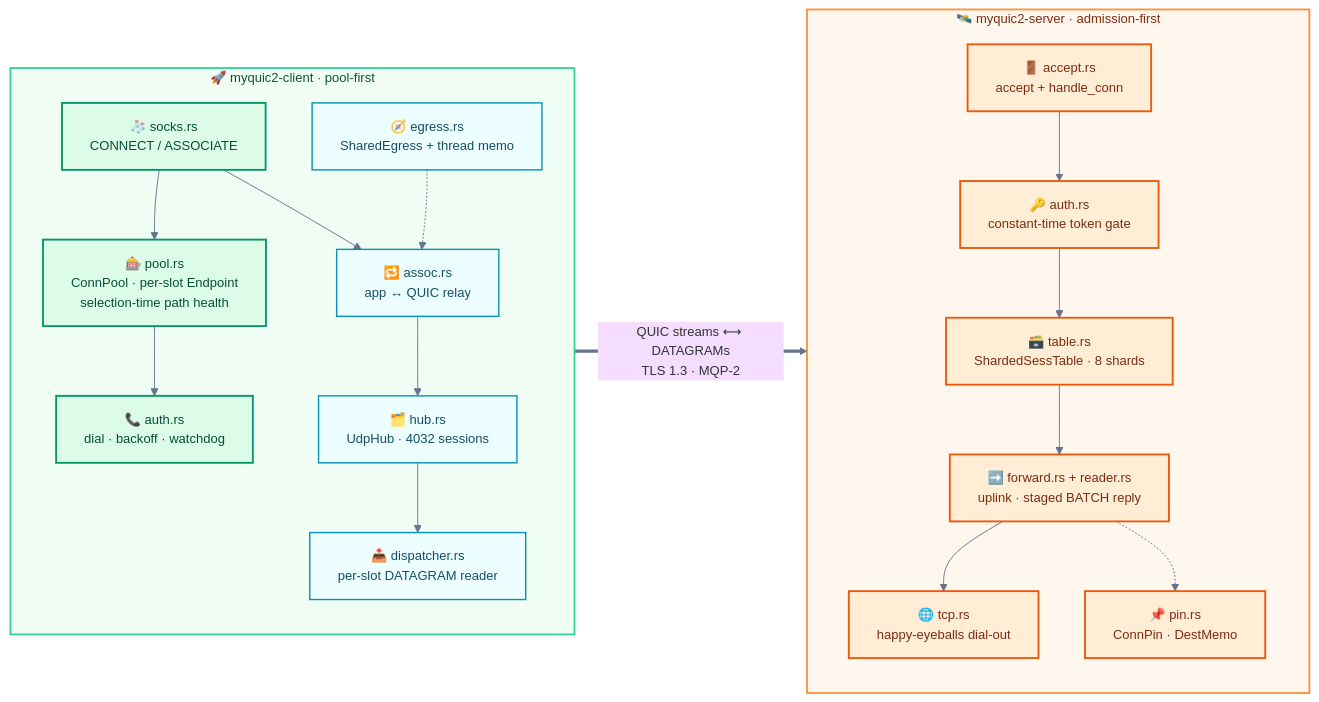
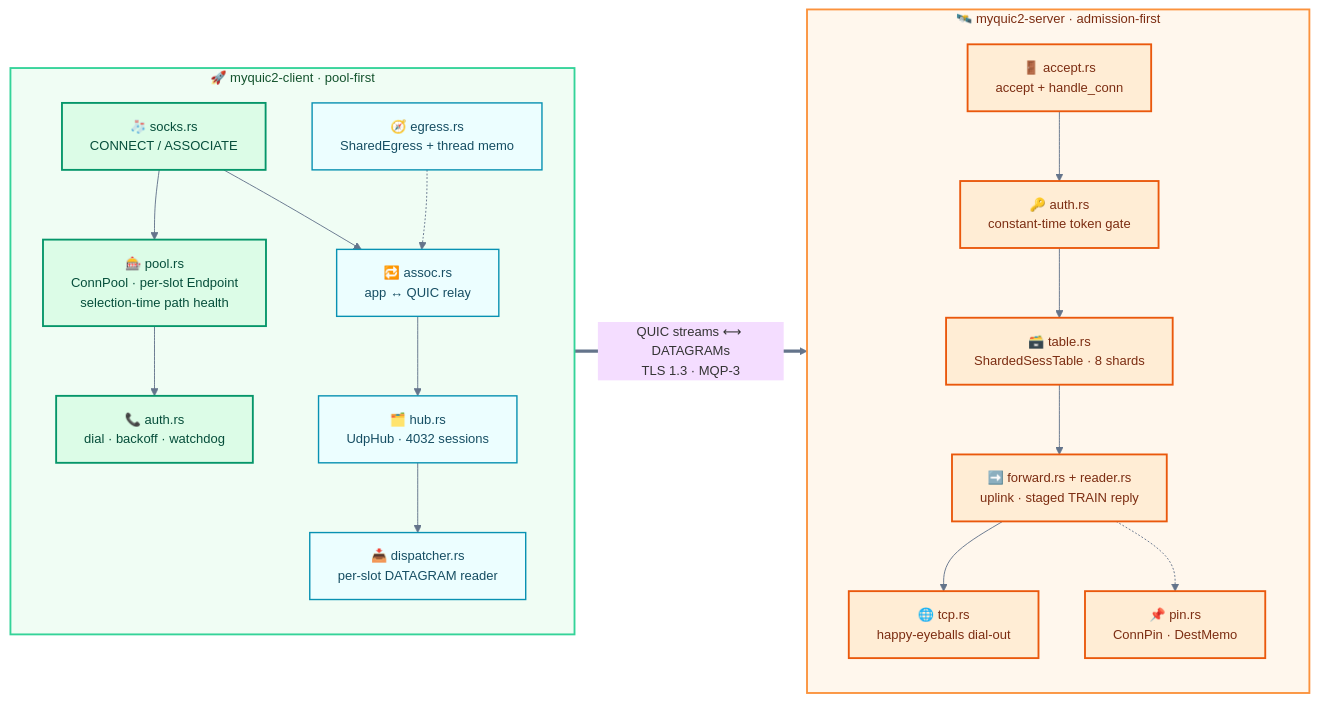
The second of 8 diagrams in README.md (Terutoki/MyQUIC2), drawn with Mermaid before and after one commit. The commit also changed other lines of this file and 16 other files, not shown here.

````diff
--- a/README.md
+++ b/README.md
@@ -100,43 +100,43 @@
 ```mermaid
 %%{init: {"theme":"base","themeVariables":{"fontSize":"14px","lineColor":"#64748b"}}}%%
 flowchart LR
     subgraph CLI["🚀  myquic2-client · pool-first"]
         direction TB
         SOCKS["🧦 socks.rs<br/>CONNECT / ASSOCIATE"]
         POOL["🎰 pool.rs<br/>ConnPool · per-slot Endpoint<br/>selection-time path health"]
         EGRESS["🧭 egress.rs<br/>SharedEgress + thread memo"]
         HUB["🗂️ hub.rs<br/>UdpHub · 4032 sessions"]
         ASSOC["🔁 assoc.rs<br/>app ↔ QUIC relay"]
         DISP["📥 dispatcher.rs<br/>per-slot DATAGRAM reader"]
         AUTHC["📞 auth.rs<br/>dial · backoff · watchdog"]
         SOCKS --> POOL
         SOCKS --> ASSOC
         POOL --> AUTHC
         ASSOC --> HUB
         HUB --> DISP
         EGRESS -.-> ASSOC
     end
     subgraph SRV["🛰️  myquic2-server · admission-first"]
         direction TB
         ACC["🚪 accept.rs<br/>accept + handle_conn"]
         AUTHX["🔑 auth.rs<br/>constant-time token gate"]
         TABLE["🗃️ table.rs<br/>ShardedSessTable · 8 shards"]
-        FWD["➡️ forward.rs + reader.rs<br/>uplink · staged BATCH reply"]
+        FWD["➡️ forward.rs + reader.rs<br/>uplink · staged TRAIN reply"]
         TCPS["🌐 tcp.rs<br/>happy-eyeballs dial-out"]
         PIN["📌 pin.rs<br/>ConnPin · DestMemo"]
         ACC --> AUTHX
         AUTHX --> TABLE
         TABLE --> FWD
         FWD --> TCPS
         FWD -.-> PIN
     end
-    CLI ==>|"QUIC streams ⟷ DATAGRAMs<br/>TLS 1.3 · MQP-2"| SRV
+    CLI ==>|"QUIC streams ⟷ DATAGRAMs<br/>TLS 1.3 · MQP-3"| SRV
     style CLI fill:#f0fdf4,stroke:#34d399,stroke-width:2px,color:#14532d
     style SRV fill:#fff7ed,stroke:#fb923c,stroke-width:2px,color:#7c2d12
     classDef cli fill:#dcfce7,stroke:#059669,stroke-width:2px,color:#064e3b
     classDef cli2 fill:#ecfeff,stroke:#0891b2,stroke-width:1.5px,color:#164e63
     classDef srv fill:#ffedd5,stroke:#ea580c,stroke-width:2px,color:#7c2d12
     class SOCKS,POOL,AUTHC cli
     class EGRESS,HUB,ASSOC,DISP cli2
     class ACC,AUTHX,TABLE,FWD,TCPS,PIN srv
 ```
````
